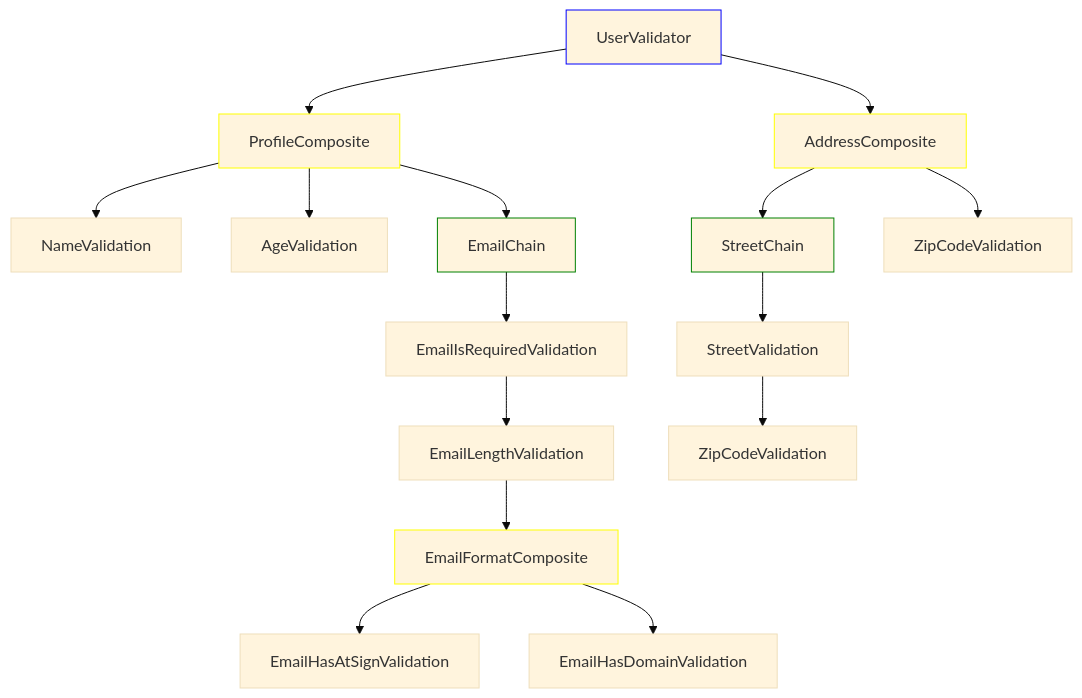
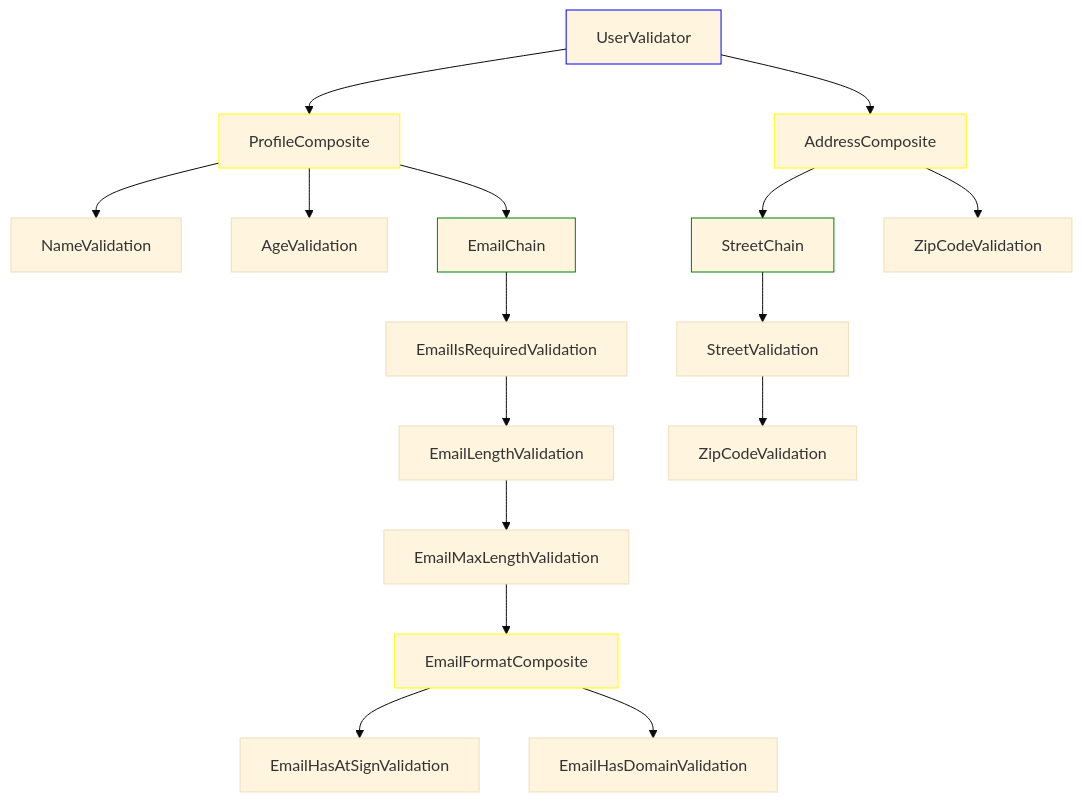
Before and after one commit to Jesinski/json-data-validator: the diagram in README.md, drawn with Mermaid (base theme).

Commit message:
updated mermaid

````diff
--- a/README.md
+++ b/README.md
@@ -1,39 +1,40 @@
 ```mermaid
 graph TD
 %% Main Validator
 UserValidator --> ProfileComposite
 UserValidator --> AddressComposite
 
 %% Profile Composite
 ProfileComposite --> NameValidation
 ProfileComposite --> AgeValidation
 ProfileComposite --> EmailChain
 
 %% Email Chain
 EmailChain --> EmailIsRequiredValidation
 EmailIsRequiredValidation --> EmailLengthValidation
-EmailLengthValidation --> EmailFormatComposite
+EmailLengthValidation --> EmailMaxLengthValidation
+EmailMaxLengthValidation --> EmailFormatComposite
 
 %% Email Format Composite
 EmailFormatComposite --> EmailHasAtSignValidation
 EmailFormatComposite --> EmailHasDomainValidation
 
 %% Address Composite
 AddressComposite --> StreetChain
 AddressComposite --> ZipCodeValidation[ZipCodeValidation]
 
 %% Street Chain
 StreetChain --> StreetValidation
 StreetValidation --> ZipCodeValidation2[ZipCodeValidation]
 
 classDef composite stroke:yellow
 classDef chain stroke:green
 classDef validator stroke:blue
 
 class UserValidator validator
 class ProfileComposite composite
 class AddressComposite composite
 class EmailChain chain
 class EmailFormatComposite composite
 class StreetChain chain
 ```
````
